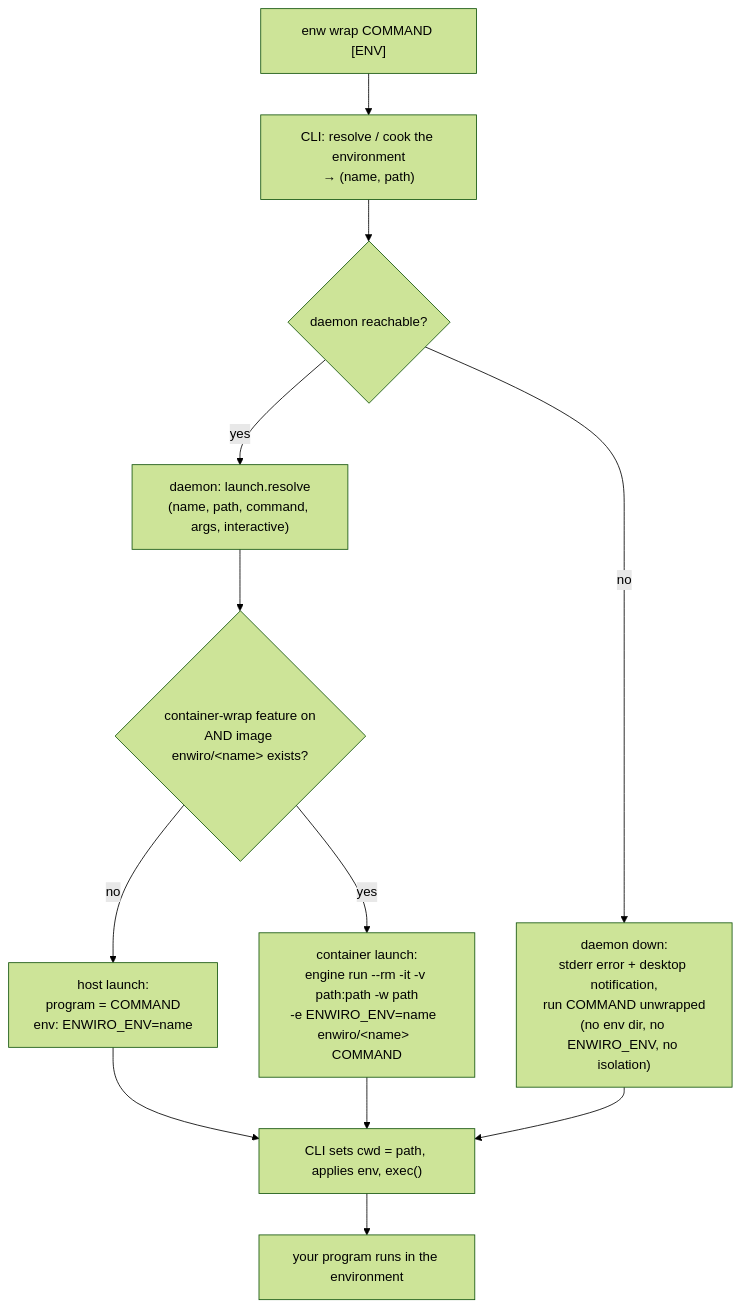
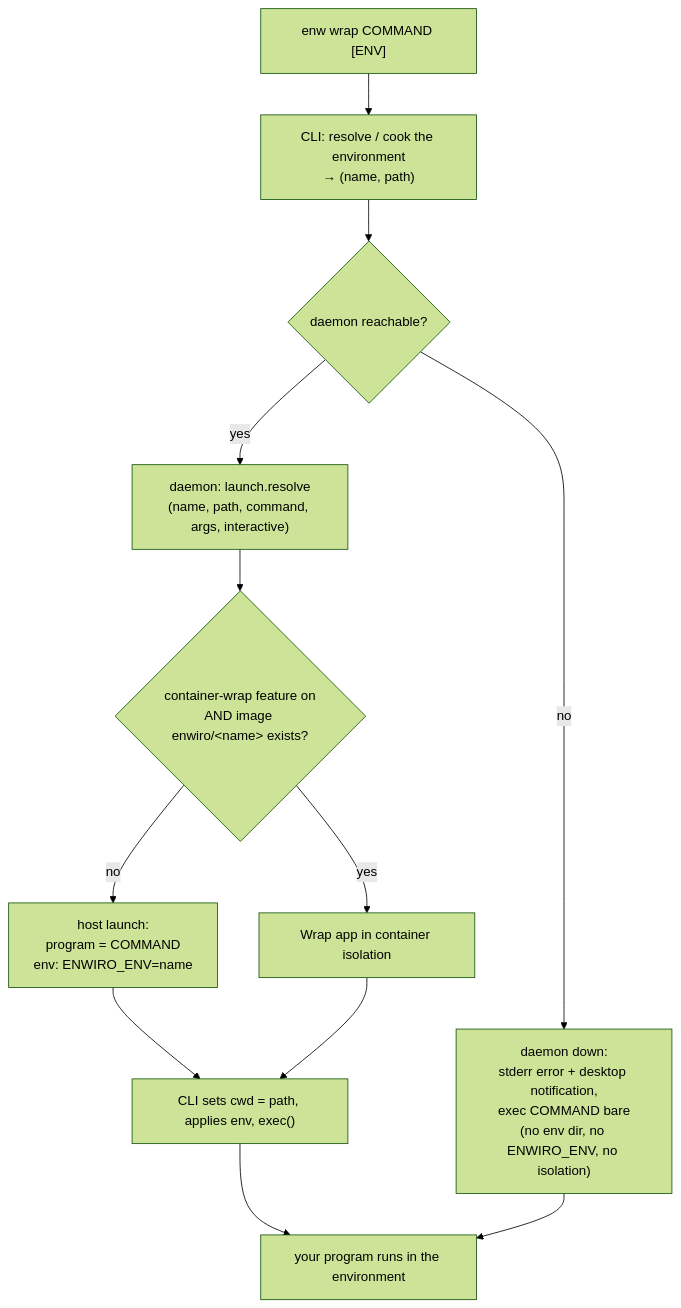
The diagram in docs/src/content/docs/launching-apps.md (kantord/enwiro), drawn with Mermaid (forest theme) before and after one commit. The commit also changed other lines of this file and 2 other files, not shown here.

````diff
--- a/docs/src/content/docs/launching-apps.md
+++ b/docs/src/content/docs/launching-apps.md
@@ -33,14 +34,15 @@
 ```mermaid
 flowchart TD
     A["enw wrap COMMAND [ENV]"] --> B["CLI: resolve / cook the environment<br/>→ (name, path)"]
     B --> C{"daemon reachable?"}
-    C -- "no" --> H["daemon down:<br/>stderr error + desktop notification,<br/>run COMMAND unwrapped<br/>(no env dir, no ENWIRO_ENV, no isolation)"]
+    C -- "no" --> H["daemon down:<br/>stderr error + desktop notification,<br/>exec COMMAND bare<br/>(no env dir, no ENWIRO_ENV, no isolation)"]
     C -- "yes" --> D["daemon: launch.resolve<br/>(name, path, command, args, interactive)"]
     D --> E{"container-wrap feature on<br/>AND image enwiro/&lt;name&gt; exists?"}
     E -- "no" --> F["host launch:<br/>program = COMMAND<br/>env: ENWIRO_ENV=name"]
-    E -- "yes" --> G["container launch:<br/>engine run --rm -it -v path:path -w path<br/>-e ENWIRO_ENV=name  enwiro/&lt;name&gt;  COMMAND"]
+    E -- "yes" --> G["Wrap app in container isolation"]
     F --> X["CLI sets cwd = path, applies env, exec()"]
     G --> X
-    H --> X
     X --> Z["your program runs in the environment"]
+    H --> Z
+    click G "#the-container-isolation-path-experimental" "How container isolation runs your command"
 ```
````
